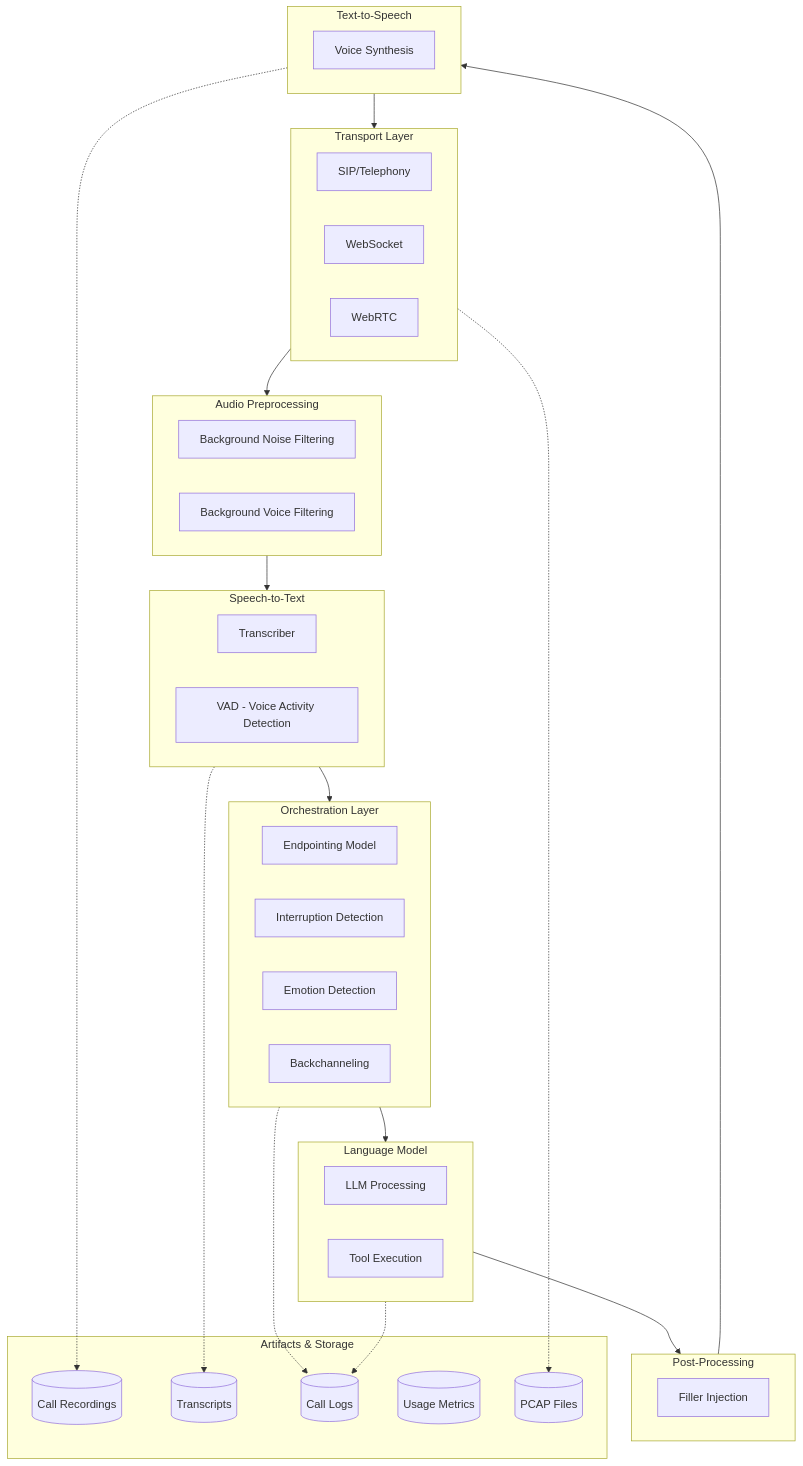
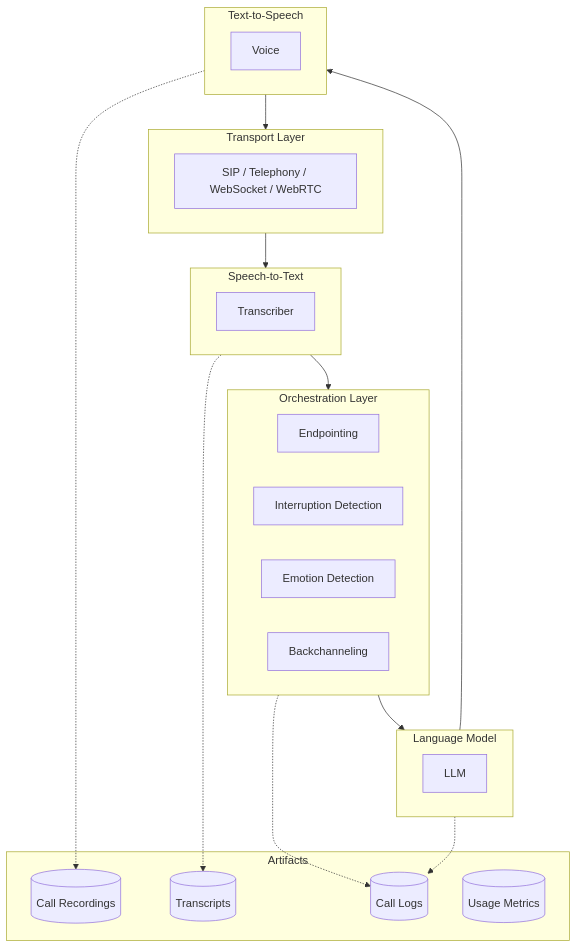
One commit to VapiAI/docs changed the first of 4 diagrams in fern/security-and-privacy/data-flow.mdx. Above: the diagram before and after it, drawn with Mermaid. The commit also changed other lines of this file, not shown here.

First line of the commit message:
docs: apply feedback to data flow documentation

````diff
--- a/fern/security-and-privacy/data-flow.mdx
+++ b/fern/security-and-privacy/data-flow.mdx
@@ -25,60 +25,43 @@
 ```mermaid
 flowchart TB
     subgraph Transport["Transport Layer"]
-        T1[SIP/Telephony]
-        T2[WebSocket]
-        T3[WebRTC]
+        T1[SIP / Telephony / WebSocket / WebRTC]
     end
 
-    subgraph AudioPreprocess["Audio Preprocessing"]
-        AP1[Background Noise Filtering]
-        AP2[Background Voice Filtering]
-    end
-
-    subgraph STT["Speech-to-Text"]
-        STT1[Transcriber]
-        STT2[VAD - Voice Activity Detection]
+    subgraph Transcriber["Speech-to-Text"]
+        STT[Transcriber]
     end
 
     subgraph Orchestration["Orchestration Layer"]
-        O1[Endpointing Model]
+        O1[Endpointing]
         O2[Interruption Detection]
         O3[Emotion Detection]
         O4[Backchanneling]
     end
 
-    subgraph LLM["Language Model"]
-        LLM1[LLM Processing]
-        LLM2[Tool Execution]
+    subgraph Model["Language Model"]
+        LLM[LLM]
     end
 
-    subgraph PostProcess["Post-Processing"]
-        PP1[Filler Injection]
+    subgraph Voice["Text-to-Speech"]
+        TTS[Voice]
     end
 
-    subgraph TTS["Text-to-Speech"]
-        TTS1[Voice Synthesis]
-    end
-
-    subgraph Artifacts["Artifacts & Storage"]
+    subgraph Artifacts["Artifacts"]
         A1[(Call Recordings)]
         A2[(Transcripts)]
         A3[(Call Logs)]
         A4[(Usage Metrics)]
-        A5[(PCAP Files)]
     end
 
-    Transport --> AudioPreprocess
-    AudioPreprocess --> STT
-    STT --> Orchestration
-    Orchestration --> LLM
-    LLM --> PostProcess
-    PostProcess --> TTS
-    TTS --> Transport
+    Transport --> Transcriber
+    Transcriber --> Orchestration
+    Orchestration --> Model
+    Model --> Voice
+    Voice --> Transport
 
-    STT -.-> A2
+    Transcriber -.-> A2
     Orchestration -.-> A3
-    LLM -.-> A3
-    TTS -.-> A1
-    Transport -.-> A5
+    Model -.-> A3
+    Voice -.-> A1
 ```
````
